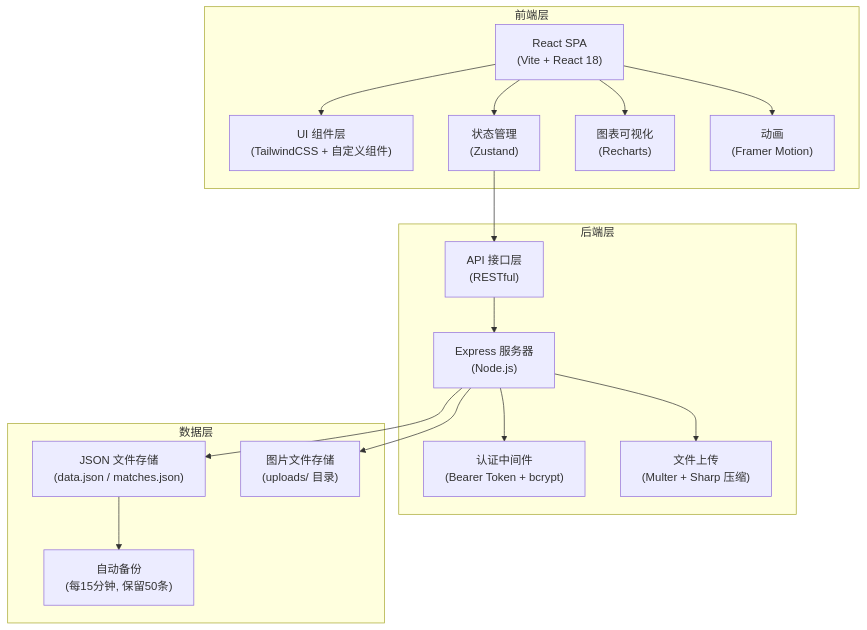
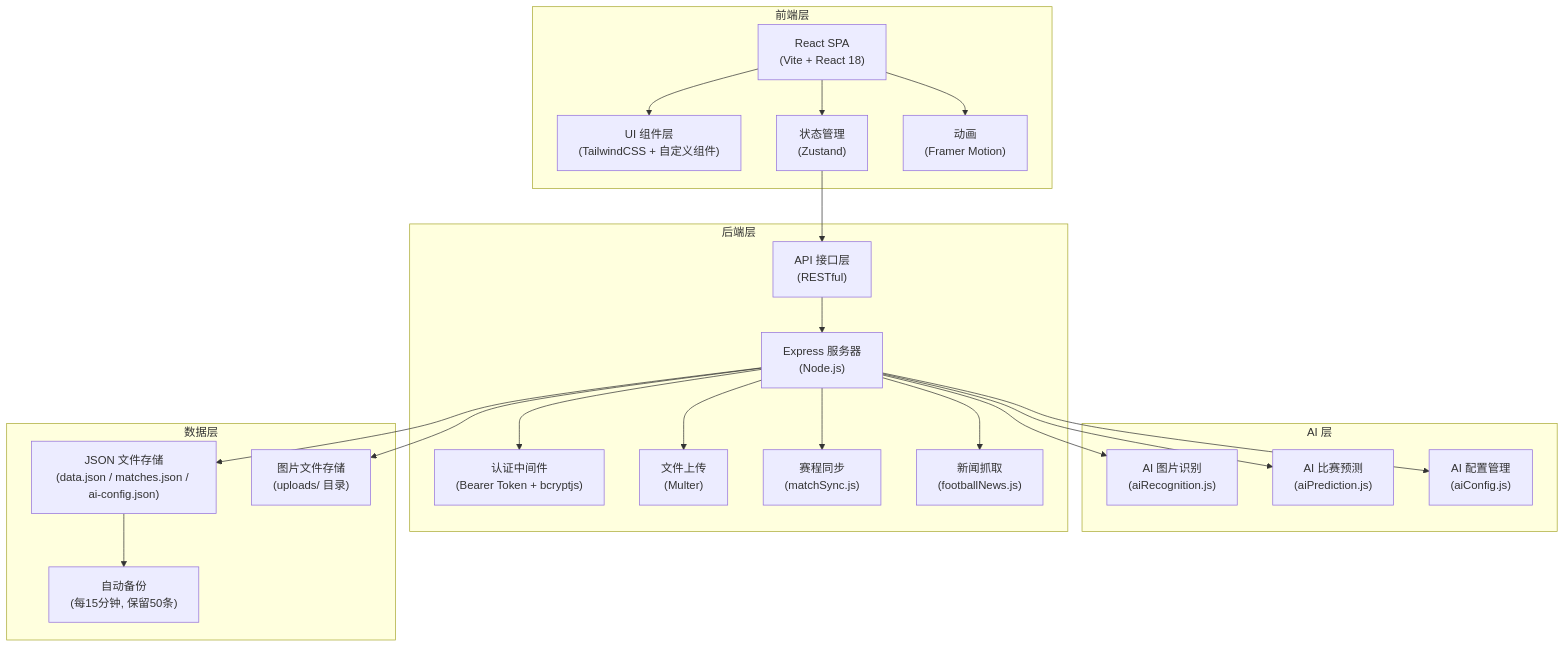
The first of 2 diagrams in .trae/documents/技术架构-世界杯体彩收支统计排行榜.md (x1ngodlike/ranking-website), drawn with Mermaid before and after one commit. The commit also changed other lines of this file and 44 other files, not shown here.

````diff
--- a/.trae/documents/技术架构-世界杯体彩收支统计排行榜.md
+++ b/.trae/documents/技术架构-世界杯体彩收支统计排行榜.md
@@ -5,32 +5,42 @@
 ```mermaid
 graph TD
     subgraph "前端层"
         A["React SPA<br/>(Vite + React 18)"]
         B["UI 组件层<br/>(TailwindCSS + 自定义组件)"]
         C["状态管理<br/>(Zustand)"]
-        D["图表可视化<br/>(Recharts)"]
         E["动画<br/>(Framer Motion)"]
+    end
+    subgraph "AI 层"
+        P["AI 图片识别<br/>(aiRecognition.js)"]
+        Q["AI 比赛预测<br/>(aiPrediction.js)"]
+        R["AI 配置管理<br/>(aiConfig.js)"]
     end
     subgraph "后端层"
         F["Express 服务器<br/>(Node.js)"]
         G["API 接口层<br/>(RESTful)"]
-        H["认证中间件<br/>(Bearer Token + bcrypt)"]
-        I["文件上传<br/>(Multer + Sharp 压缩)"]
+        H["认证中间件<br/>(Bearer Token + bcryptjs)"]
+        I["文件上传<br/>(Multer)"]
+        S["赛程同步<br/>(matchSync.js)"]
+        T["新闻抓取<br/>(footballNews.js)"]
     end
     subgraph "数据层"
-        J["JSON 文件存储<br/>(data.json / matches.json)"]
+        J["JSON 文件存储<br/>(data.json / matches.json / ai-config.json)"]
         K["图片文件存储<br/>(uploads/ 目录)"]
         L["自动备份<br/>(每15分钟, 保留50条)"]
     end
     A --> B
     A --> C
-    A --> D
     A --> E
     C --> G
     G --> F
     F --> H
     F --> I
+    F --> P
+    F --> Q
+    F --> R
+    F --> S
+    F --> T
     F --> J
     F --> K
     J --> L
 ```
````
